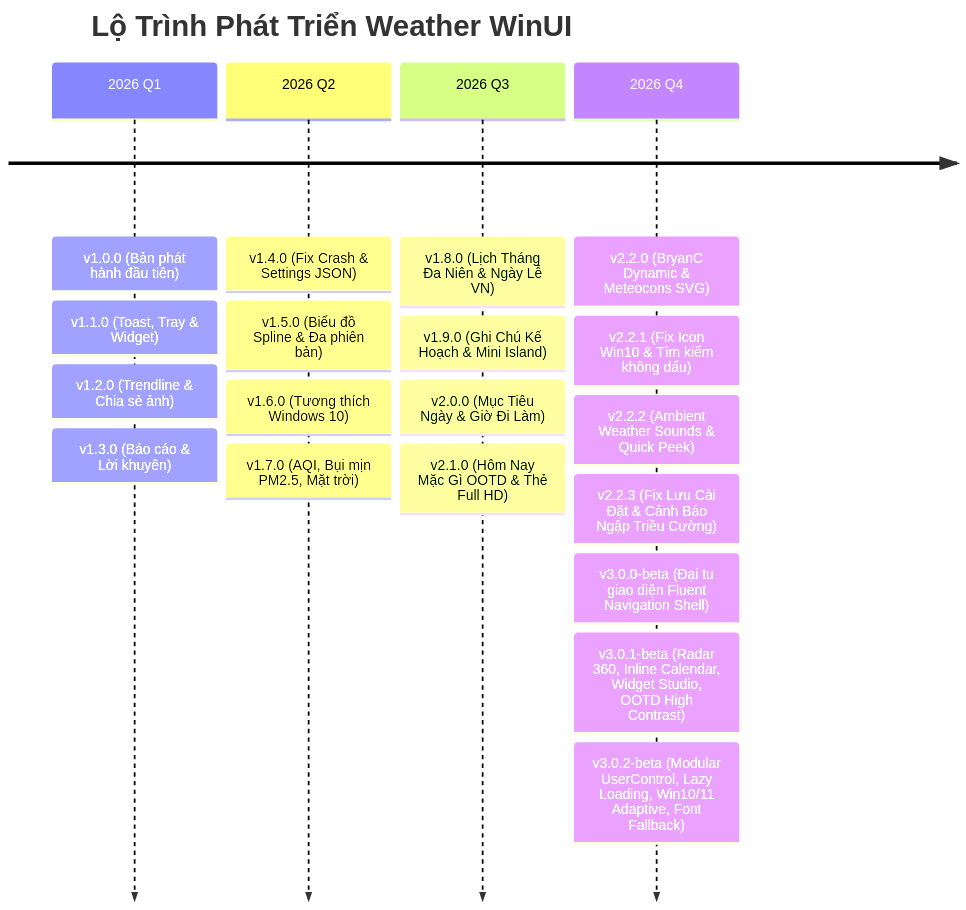
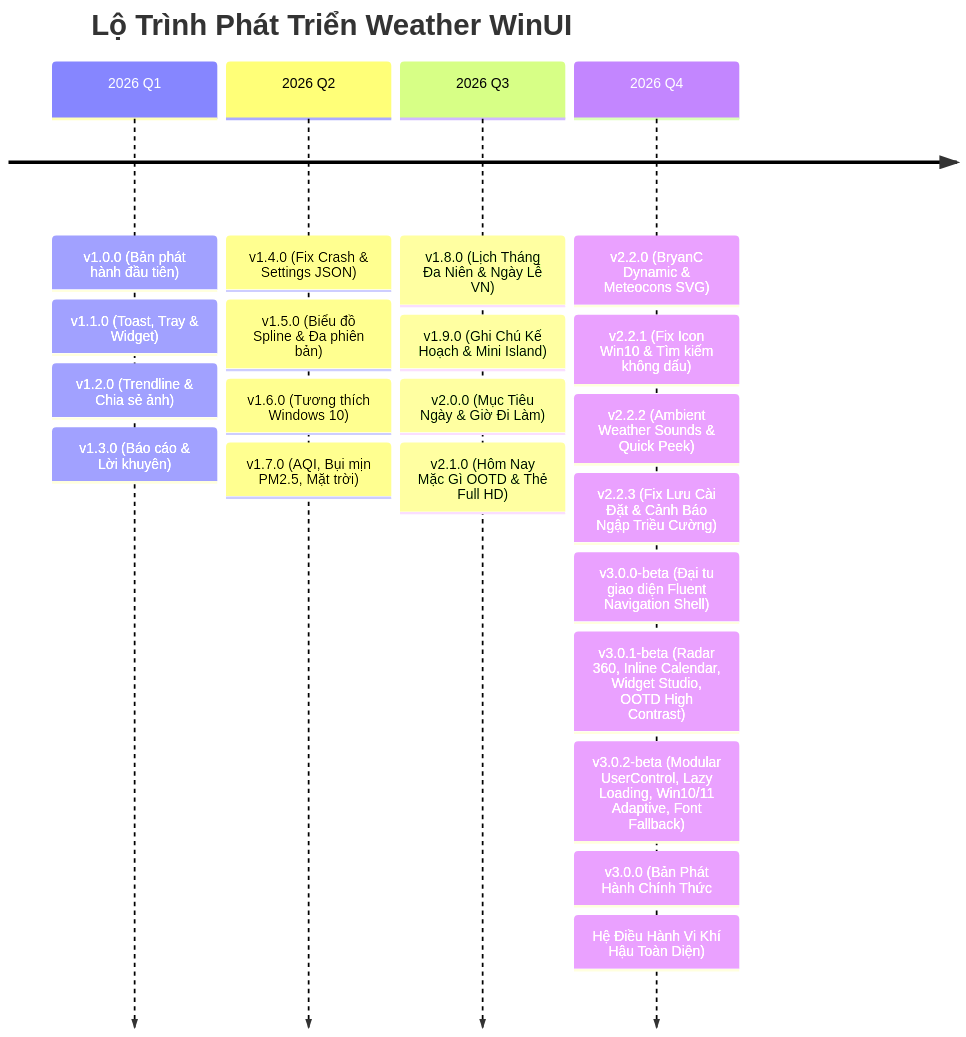
One commit to hellangel45236/Weather-WinUI changed the second of 2 diagrams in readme/README.md. Above: the diagram before and after it, drawn with Mermaid. The commit also changed other lines of this file and 7 other files, not shown here.

````diff
--- a/readme/README.md
+++ b/readme/README.md
@@ -235,23 +235,24 @@
 ```mermaid
 timeline
     title Lộ Trình Phát Triển Weather WinUI
     2026 Q1 : v1.0.0 (Bản phát hành đầu tiên)
             : v1.1.0 (Toast, Tray & Widget)
             : v1.2.0 (Trendline & Chia sẻ ảnh)
             : v1.3.0 (Báo cáo & Lời khuyên)
     2026 Q2 : v1.4.0 (Fix Crash & Settings JSON)
             : v1.5.0 (Biểu đồ Spline & Đa phiên bản)
             : v1.6.0 (Tương thích Windows 10)
             : v1.7.0 (AQI, Bụi mịn PM2.5, Mặt trời)
     2026 Q3 : v1.8.0 (Lịch Tháng Đa Niên & Ngày Lễ VN)
             : v1.9.0 (Ghi Chú Kế Hoạch & Mini Island)
             : v2.0.0 (Mục Tiêu Ngày & Giờ Đi Làm)
             : v2.1.0 (Hôm Nay Mặc Gì OOTD & Thẻ Full HD)
     2026 Q4 : v2.2.0 (BryanC Dynamic & Meteocons SVG)
             : v2.2.1 (Fix Icon Win10 & Tìm kiếm không dấu)
             : v2.2.2 (Ambient Weather Sounds & Quick Peek)
             : v2.2.3 (Fix Lưu Cài Đặt & Cảnh Báo Ngập Triều Cường)
             : v3.0.0-beta (Đại tu giao diện Fluent Navigation Shell)
             : v3.0.1-beta (Radar 360, Inline Calendar, Widget Studio, OOTD High Contrast)
             : v3.0.2-beta (Modular UserControl, Lazy Loading, Win10/11 Adaptive, Font Fallback)
+            : v3.0.0 (Bản Phát Hành Chính Thức: Hệ Điều Hành Vi Khí Hậu Toàn Diện)
 ```
````
